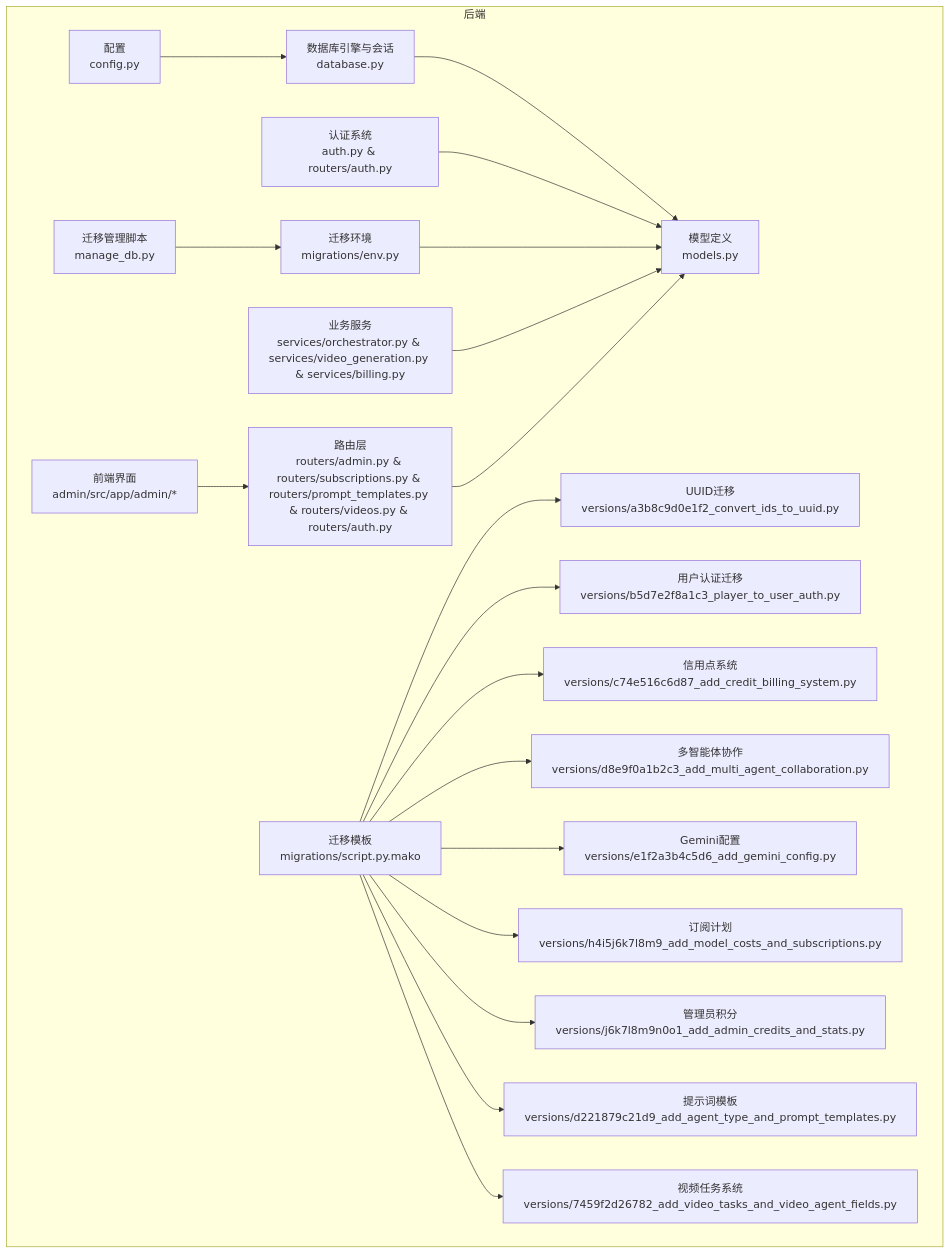
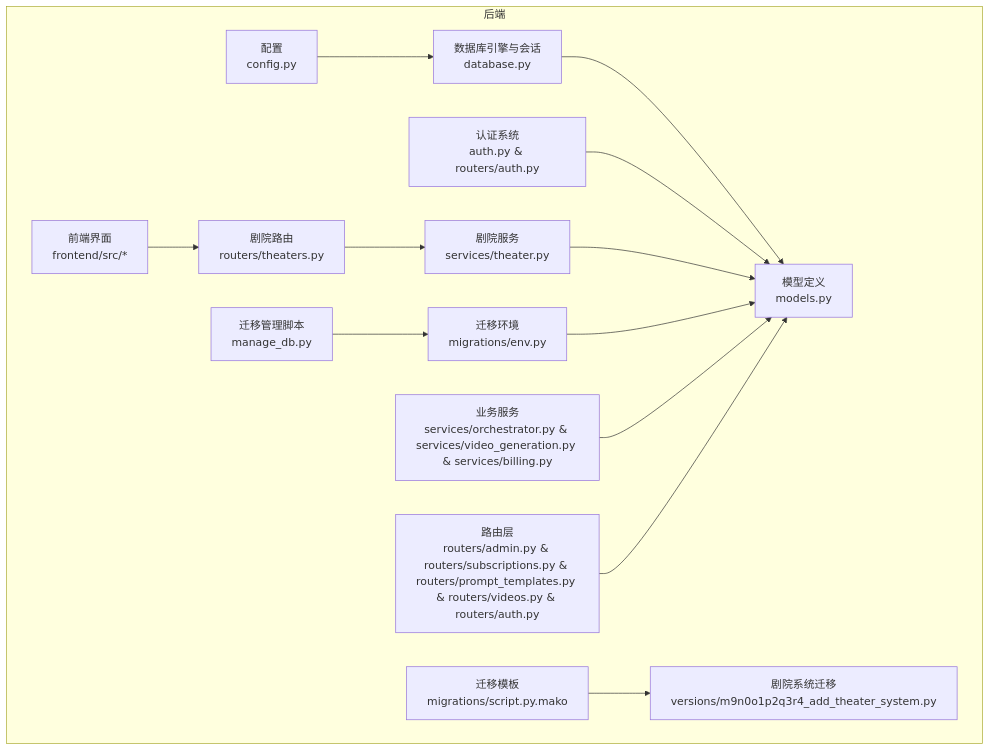
The first of 5 diagrams in .qoder/repowiki/zh/content/后端开发指南/数据库模型设计.md (KunLabAI/KunFlix), drawn with Mermaid before and after one commit. The commit also changed other lines of this file and 39 other files, not shown here.

````diff
--- a/.qoder/repowiki/zh/content/后端开发指南/数据库模型设计.md
+++ b/.qoder/repowiki/zh/content/后端开发指南/数据库模型设计.md
@@ -68,41 +73,29 @@
 ```mermaid
 graph TB
 subgraph "后端"
 CFG["配置<br/>config.py"]
 DB["数据库引擎与会话<br/>database.py"]
 MODELS["模型定义<br/>models.py"]
 AUTH["认证系统<br/>auth.py & routers/auth.py"]
+THEATER_ROUTER["剧院路由<br/>routers/theaters.py"]
+THEATER_SERVICE["剧院服务<br/>services/theater.py"]
 M_ENV["迁移环境<br/>migrations/env.py"]
 M_SCRIPT["迁移模板<br/>migrations/script.py.mako"]
-M_UUID["UUID迁移<br/>versions/a3b8c9d0e1f2_convert_ids_to_uuid.py"]
-M_USER["用户认证迁移<br/>versions/b5d7e2f8a1c3_player_to_user_auth.py"]
-M_CREDIT["信用点系统<br/>versions/c74e516c6d87_add_credit_billing_system.py"]
-M_MULTI["多智能体协作<br/>versions/d8e9f0a1b2c3_add_multi_agent_collaboration.py"]
-M_GEMINI["Gemini配置<br/>versions/e1f2a3b4c5d6_add_gemini_config.py"]
-M_SUB["订阅计划<br/>versions/h4i5j6k7l8m9_add_model_costs_and_subscriptions.py"]
-M_ADMIN["管理员积分<br/>versions/j6k7l8m9n0o1_add_admin_credits_and_stats.py"]
-M_PROMPT["提示词模板<br/>versions/d221879c21d9_add_agent_type_and_prompt_templates.py"]
-M_VIDEO["视频任务系统<br/>versions/7459f2d26782_add_video_tasks_and_video_agent_fields.py"]
+M_THEATER["剧院系统迁移<br/>versions/m9n0o1p2q3r4_add_theater_system.py"]
 SVC["业务服务<br/>services/orchestrator.py & services/video_generation.py & services/billing.py"]
 ROUTERS["路由层<br/>routers/admin.py & routers/subscriptions.py & routers/prompt_templates.py & routers/videos.py & routers/auth.py"]
 MAN_DB["迁移管理脚本<br/>manage_db.py"]
-FRONTEND["前端界面<br/>admin/src/app/admin/*"]
+FRONTEND["前端界面<br/>frontend/src/*"]
 end
 CFG --> DB
 DB --> MODELS
 AUTH --> MODELS
+THEATER_ROUTER --> THEATER_SERVICE
+THEATER_SERVICE --> MODELS
 M_ENV --> MODELS
-M_SCRIPT --> M_UUID
-M_SCRIPT --> M_USER
-M_SCRIPT --> M_CREDIT
-M_SCRIPT --> M_MULTI
-M_SCRIPT --> M_GEMINI
-M_SCRIPT --> M_SUB
-M_SCRIPT --> M_ADMIN
-M_SCRIPT --> M_PROMPT
-M_SCRIPT --> M_VIDEO
+M_SCRIPT --> M_THEATER
 SVC --> MODELS
 ROUTERS --> MODELS
 MAN_DB --> M_ENV
-FRONTEND --> ROUTERS
+FRONTEND --> THEATER_ROUTER
 ```
````
